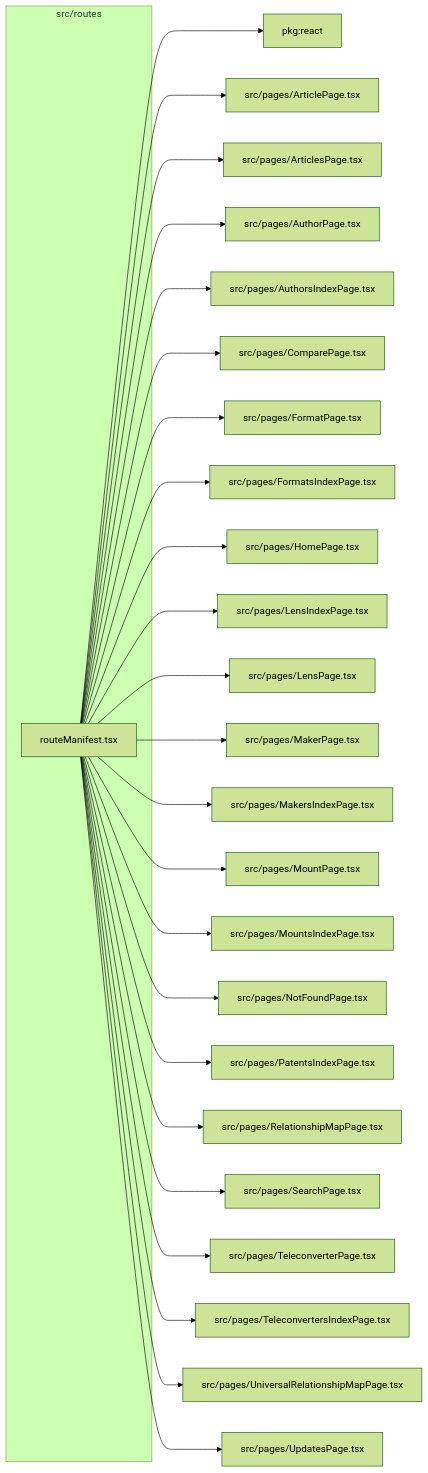
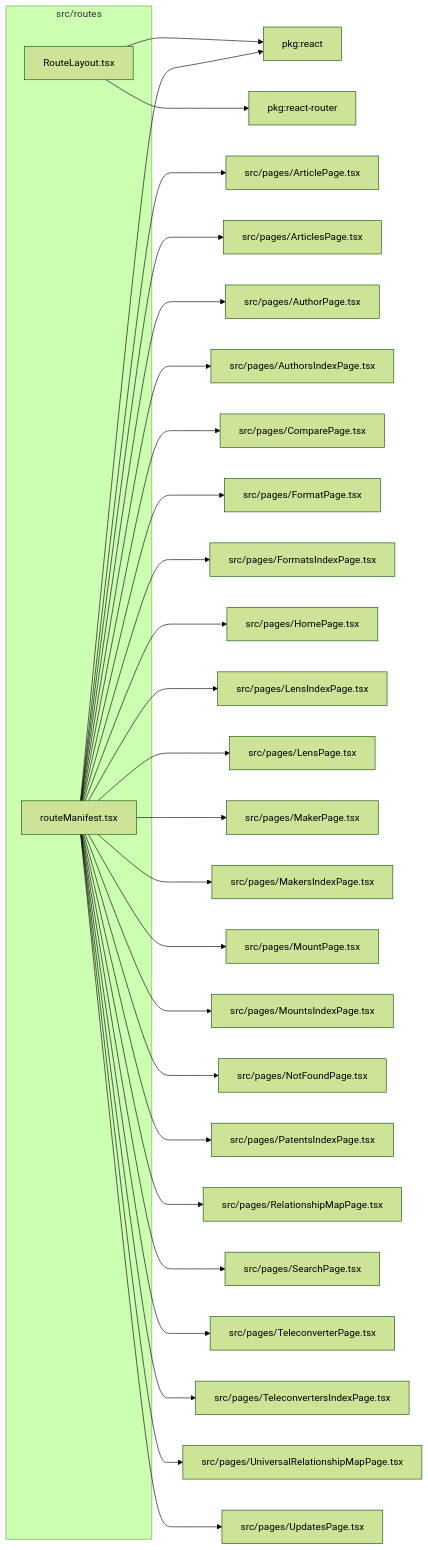
The diagram in src/routes/readme.md (ronbuening/LensVisualizer), drawn with Mermaid (forest theme) before and after one commit. The commit also changed other lines of this file and 43 other files, not shown here.

````diff
--- a/src/routes/readme.md
+++ b/src/routes/readme.md
@@ -9,52 +9,56 @@
 ```mermaid
 flowchart LR
   subgraph n_src_routes["src/routes"]
+    n_src_routes_src_routes_RouteLayout_tsx["RouteLayout.tsx"]
     n_src_routes_src_routes_routeManifest_tsx["routeManifest.tsx"]
   end
   n_external_pkg_react["pkg:react"]
+  n_external_pkg_react_router["pkg:react-router"]
   n_external_src_pages_ArticlePage_tsx["src/pages/ArticlePage.tsx"]
   n_external_src_pages_ArticlesPage_tsx["src/pages/ArticlesPage.tsx"]
   n_external_src_pages_AuthorPage_tsx["src/pages/AuthorPage.tsx"]
   n_external_src_pages_AuthorsIndexPage_tsx["src/pages/AuthorsIndexPage.tsx"]
   n_external_src_pages_ComparePage_tsx["src/pages/ComparePage.tsx"]
   n_external_src_pages_FormatPage_tsx["src/pages/FormatPage.tsx"]
   n_external_src_pages_FormatsIndexPage_tsx["src/pages/FormatsIndexPage.tsx"]
   n_external_src_pages_HomePage_tsx["src/pages/HomePage.tsx"]
   n_external_src_pages_LensIndexPage_tsx["src/pages/LensIndexPage.tsx"]
   n_external_src_pages_LensPage_tsx["src/pages/LensPage.tsx"]
   n_external_src_pages_MakerPage_tsx["src/pages/MakerPage.tsx"]
   n_external_src_pages_MakersIndexPage_tsx["src/pages/MakersIndexPage.tsx"]
   n_external_src_pages_MountPage_tsx["src/pages/MountPage.tsx"]
   n_external_src_pages_MountsIndexPage_tsx["src/pages/MountsIndexPage.tsx"]
   n_external_src_pages_NotFoundPage_tsx["src/pages/NotFoundPage.tsx"]
   n_external_src_pages_PatentsIndexPage_tsx["src/pages/PatentsIndexPage.tsx"]
   n_external_src_pages_RelationshipMapPage_tsx["src/pages/RelationshipMapPage.tsx"]
   n_external_src_pages_SearchPage_tsx["src/pages/SearchPage.tsx"]
   n_external_src_pages_TeleconverterPage_tsx["src/pages/TeleconverterPage.tsx"]
   n_external_src_pages_TeleconvertersIndexPage_tsx["src/pages/TeleconvertersIndexPage.tsx"]
   n_external_src_pages_UniversalRelationshipMapPage_tsx["src/pages/UniversalRelationshipMapPage.tsx"]
   n_external_src_pages_UpdatesPage_tsx["src/pages/UpdatesPage.tsx"]
+  n_src_routes_src_routes_RouteLayout_tsx --> n_external_pkg_react
   n_src_routes_src_routes_routeManifest_tsx --> n_external_pkg_react
+  n_src_routes_src_routes_RouteLayout_tsx --> n_external_pkg_react_router
   n_src_routes_src_routes_routeManifest_tsx --> n_external_src_pages_ArticlePage_tsx
   n_src_routes_src_routes_routeManifest_tsx --> n_external_src_pages_ArticlesPage_tsx
   n_src_routes_src_routes_routeManifest_tsx --> n_external_src_pages_AuthorPage_tsx
   n_src_routes_src_routes_routeManifest_tsx --> n_external_src_pages_AuthorsIndexPage_tsx
   n_src_routes_src_routes_routeManifest_tsx --> n_external_src_pages_ComparePage_tsx
   n_src_routes_src_routes_routeManifest_tsx --> n_external_src_pages_FormatPage_tsx
   n_src_routes_src_routes_routeManifest_tsx --> n_external_src_pages_FormatsIndexPage_tsx
   n_src_routes_src_routes_routeManifest_tsx --> n_external_src_pages_HomePage_tsx
   n_src_routes_src_routes_routeManifest_tsx --> n_external_src_pages_LensIndexPage_tsx
   n_src_routes_src_routes_routeManifest_tsx --> n_external_src_pages_LensPage_tsx
   n_src_routes_src_routes_routeManifest_tsx --> n_external_src_pages_MakerPage_tsx
   n_src_routes_src_routes_routeManifest_tsx --> n_external_src_pages_MakersIndexPage_tsx
   n_src_routes_src_routes_routeManifest_tsx --> n_external_src_pages_MountPage_tsx
   n_src_routes_src_routes_routeManifest_tsx --> n_external_src_pages_MountsIndexPage_tsx
   n_src_routes_src_routes_routeManifest_tsx --> n_external_src_pages_NotFoundPage_tsx
   n_src_routes_src_routes_routeManifest_tsx --> n_external_src_pages_PatentsIndexPage_tsx
   n_src_routes_src_routes_routeManifest_tsx --> n_external_src_pages_RelationshipMapPage_tsx
   n_src_routes_src_routes_routeManifest_tsx --> n_external_src_pages_SearchPage_tsx
   n_src_routes_src_routes_routeManifest_tsx --> n_external_src_pages_TeleconverterPage_tsx
   n_src_routes_src_routes_routeManifest_tsx --> n_external_src_pages_TeleconvertersIndexPage_tsx
   n_src_routes_src_routes_routeManifest_tsx --> n_external_src_pages_UniversalRelationshipMapPage_tsx
   n_src_routes_src_routes_routeManifest_tsx --> n_external_src_pages_UpdatesPage_tsx
 ```
````
